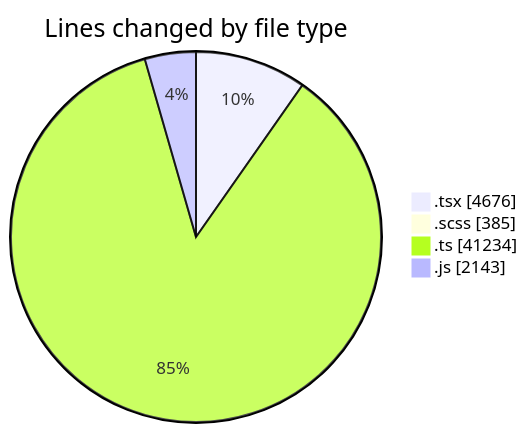
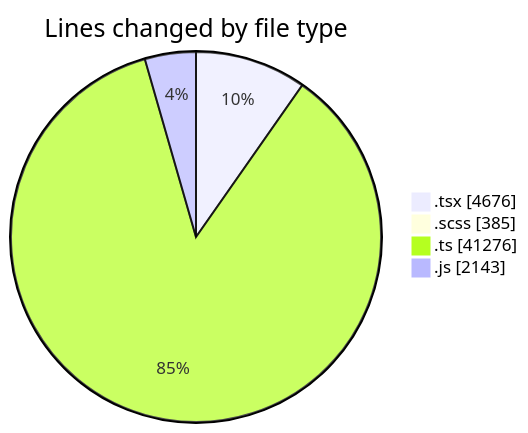
Before and after one commit to momahboobian/code-tracking: the first of 2 diagrams in 2025-06-17/cda/README.md, drawn with Mermaid. The commit also changed other lines of this file and 1 other file, not shown here.

````diff
--- a/2025-06-17/cda/README.md
+++ b/2025-06-17/cda/README.md
@@ -50,8 +50,8 @@
 ```mermaid
 pie showData
 title Lines changed by file type
 ".tsx" : 4676
 ".scss" : 385
-".ts" : 41234
+".ts" : 41276
 ".js" : 2143
 ```
````
